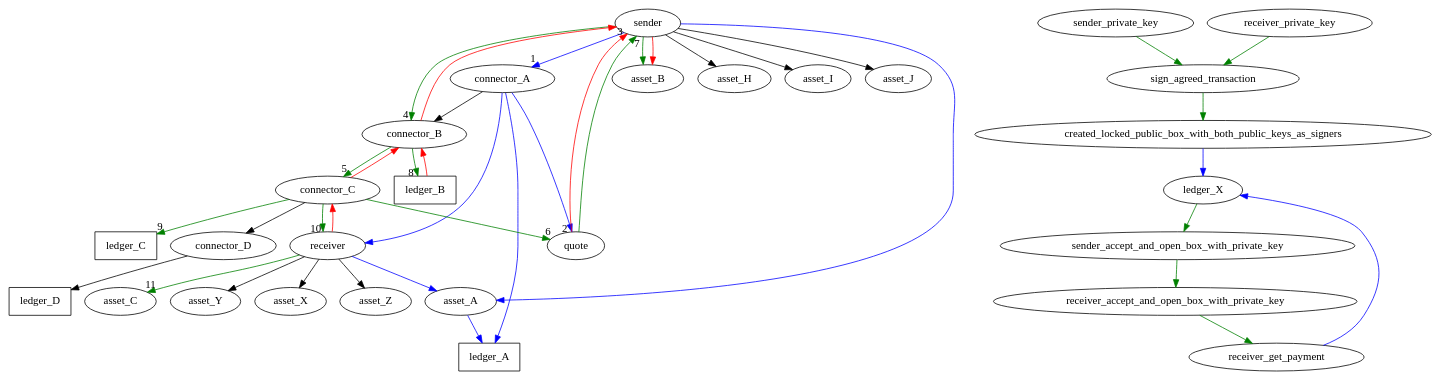
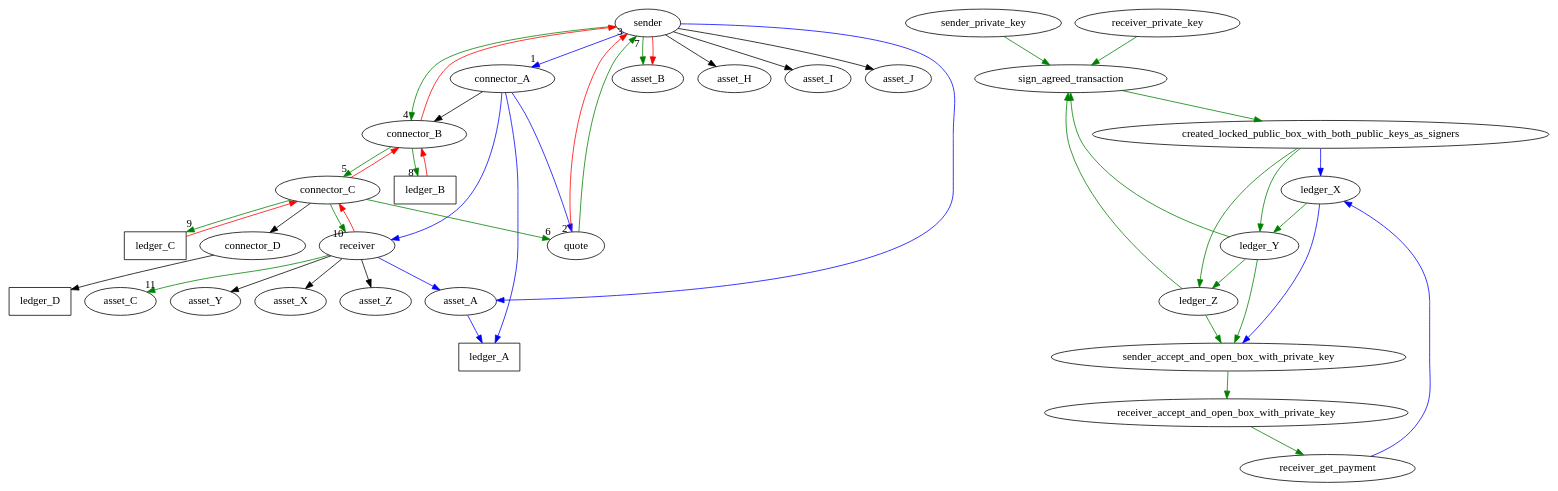
Before and after one commit to manilabay/blockchain-graphs: the diagram in interledger-protocol.dot, drawn with Graphviz.

Commit message:
add multi-ledger ILP Payment

```diff
--- a/interledger-protocol.dot
+++ b/interledger-protocol.dot
@@ -1,61 +1,75 @@
 digraph G {
 
     # asset_A, asset_B, asset_C, asset_H, asset_I, asset_J, asset_X, asset_Y, asset_Z [shape=box];
     ledger_A, ledger_B, ledger_C, ledger_D [shape=box];
 
     sender -> asset_A [color="blue"];
     sender -> asset_B [color="green"];
     sender -> asset_H;
     sender -> asset_I;
     sender -> asset_J;
     sender -> connector_A [headlabel="1", labelangle=60] [color="blue"];
     sender -> connector_B [headlabel="4", labelangle=50] [color="green"];
 
     connector_A -> ledger_A [color="blue"];
     connector_B -> ledger_B [headlabel="8", labelangle=50] [color="green"];
     connector_C -> ledger_C [headlabel="9", labelangle=50] [color="green"];
     connector_A -> connector_B;
     connector_B -> connector_C [headlabel="5", labelangle=50] [color="green"];
     connector_C -> receiver [headlabel="10", labelangle=70] [color="green"];
     connector_A -> receiver [color="blue"];
 
     connector_C -> connector_D;
     connector_D -> ledger_D;
 
     receiver -> asset_C [headlabel="11", labelangle=50] [color="green"];
     receiver -> asset_A [color="blue"];
     receiver -> asset_Y;
     receiver -> asset_X;
     receiver -> asset_Z;
     asset_A -> ledger_A [color="blue"];
 
     # Quoting
     connector_A -> quote [headlabel="2", labelangle=50] [color="blue"];
     quote -> sender [headlabel="3", labelangle=-50] [color="red"];
 
     connector_C -> quote [headlabel="6", labelangle=-60] [color="green"];
     quote -> sender [headlabel="7", labelangle=50] [color="green"];
 
     # Receiver reject or havent the right private key
     receiver -> connector_C [color="red"];
     connector_C -> connector_B [color="red"];
     ledger_B -> connector_B [color="red"];
+    ledger_C -> connector_C [color="red"];
     connector_B -> sender [color="red"];
     sender -> asset_B [color="red"];
 
     sender_private_key -> sign_agreed_transaction [color="green"];
     receiver_private_key -> sign_agreed_transaction [color="green"];
 
     sign_agreed_transaction -> created_locked_public_box_with_both_public_keys_as_signers [color="green"];
 
     created_locked_public_box_with_both_public_keys_as_signers -> ledger_X [color="blue"];
+    created_locked_public_box_with_both_public_keys_as_signers -> ledger_Y [color="green"];
+    created_locked_public_box_with_both_public_keys_as_signers -> ledger_Z [color="green"];
 
-    ledger_X -> sender_accept_and_open_box_with_private_key [color="green"];
+    ledger_X -> sender_accept_and_open_box_with_private_key [color="blue"];
 
     sender_accept_and_open_box_with_private_key -> receiver_accept_and_open_box_with_private_key [color="green"];
 
     receiver_accept_and_open_box_with_private_key -> receiver_get_payment [color="green"];
 
+    ledger_X -> ledger_Y [color="green"];
+    ledger_Y -> sender_accept_and_open_box_with_private_key [color="green"];
+    ledger_Y -> sign_agreed_transaction [color="green"];
+
+    ledger_Y -> ledger_Z [color="green"];
+
+    ledger_Z -> sender_accept_and_open_box_with_private_key [color="green"];
+    ledger_Z -> sign_agreed_transaction [color="green"];
+
     receiver_get_payment -> ledger_X [color="blue"];
 
+
+
 }
```
